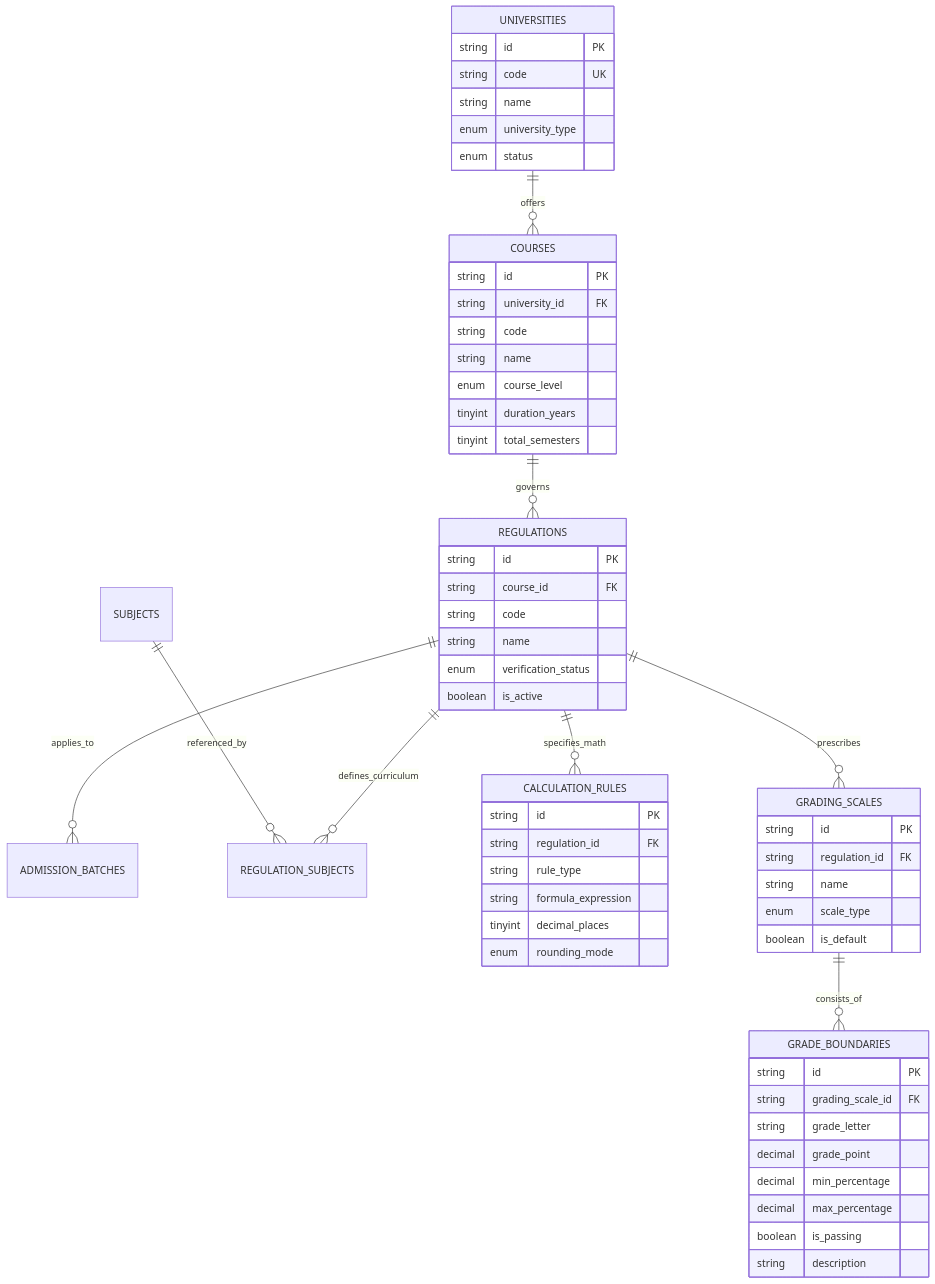
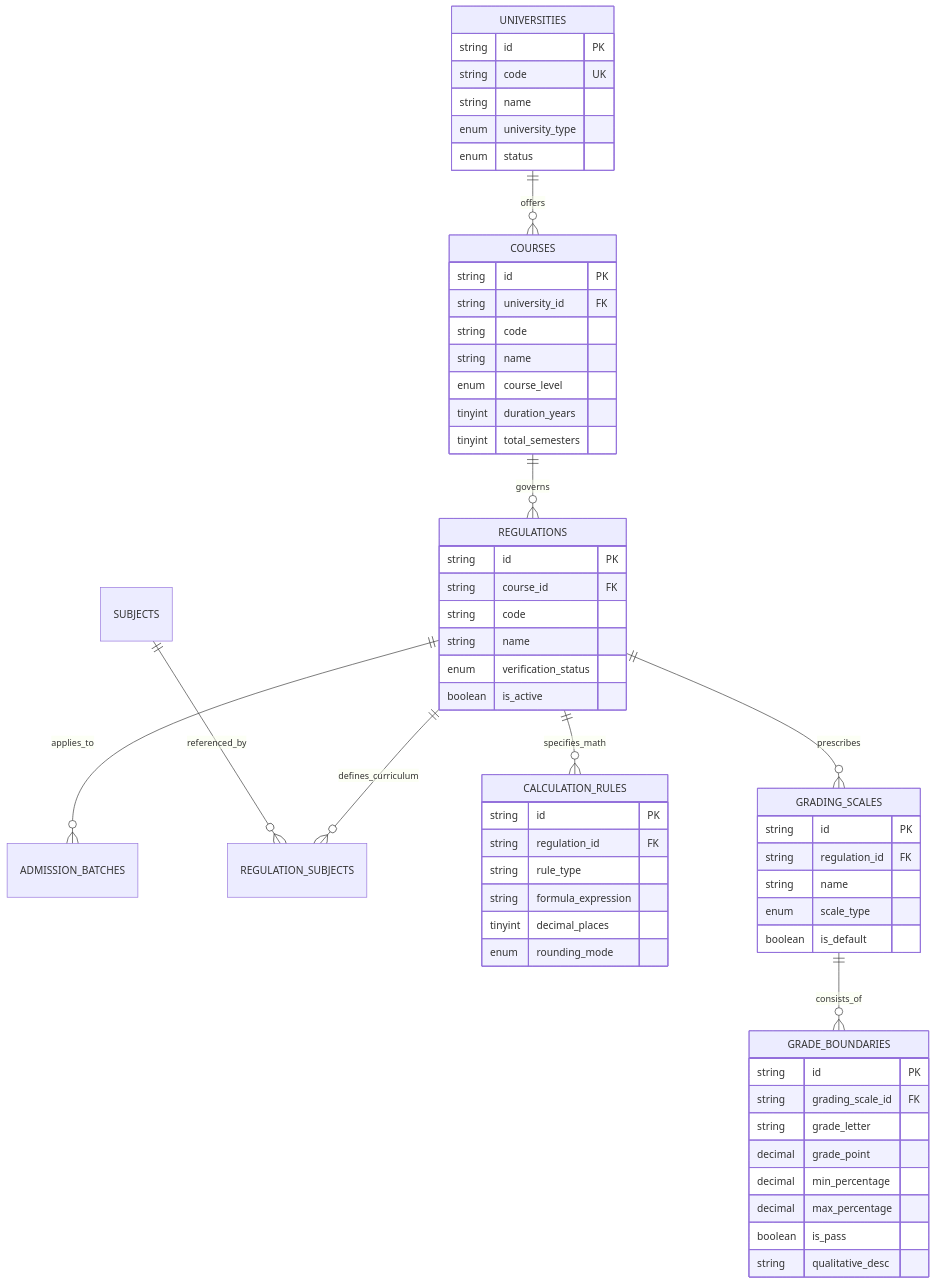
One commit to Mr-Ali01/React changed the diagram in resultPoint/docs/backend-architecture/phase-2.3-academic-catalog-and-calculation-engine.md. Above: the diagram before and after it, drawn with Mermaid. The commit also changed other lines of this file and 286 other files, not shown here.

````diff
--- a/resultPoint/docs/backend-architecture/phase-2.3-academic-catalog-and-calculation-engine.md
+++ b/resultPoint/docs/backend-architecture/phase-2.3-academic-catalog-and-calculation-engine.md
@@ -26,61 +65,61 @@
 ```mermaid
 erDiagram
     UNIVERSITIES ||--o{ COURSES : offers
     COURSES ||--o{ REGULATIONS : governs
     REGULATIONS ||--o{ ADMISSION_BATCHES : applies_to
     REGULATIONS ||--o{ REGULATION_SUBJECTS : defines_curriculum
     SUBJECTS ||--o{ REGULATION_SUBJECTS : referenced_by
     REGULATIONS ||--o{ CALCULATION_RULES : specifies_math
     REGULATIONS ||--o{ GRADING_SCALES : prescribes
     GRADING_SCALES ||--o{ GRADE_BOUNDARIES : consists_of
 
     UNIVERSITIES {
         string id PK
         string code UK
         string name
         enum university_type
         enum status
     }
     COURSES {
         string id PK
         string university_id FK
         string code
         string name
         enum course_level
         tinyint duration_years
         tinyint total_semesters
     }
     REGULATIONS {
         string id PK
         string course_id FK
         string code
         string name
         enum verification_status
         boolean is_active
     }
     GRADING_SCALES {
         string id PK
         string regulation_id FK
         string name
         enum scale_type
         boolean is_default
     }
     GRADE_BOUNDARIES {
         string id PK
         string grading_scale_id FK
         string grade_letter
         decimal grade_point
         decimal min_percentage
         decimal max_percentage
-        boolean is_passing
-        string description
+        boolean is_pass
+        string qualitative_desc
     }
     CALCULATION_RULES {
         string id PK
         string regulation_id FK
         string rule_type
         string formula_expression
         tinyint decimal_places
         enum rounding_mode
     }
 ```
````
